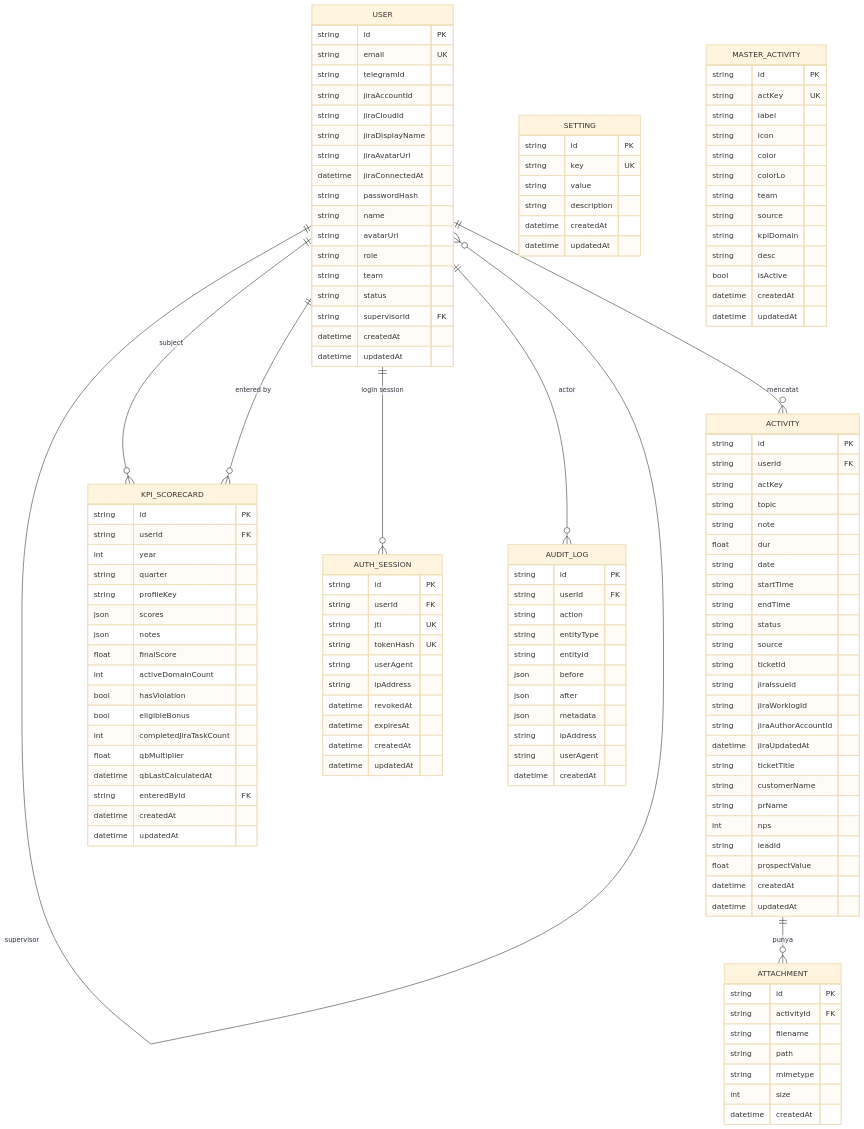
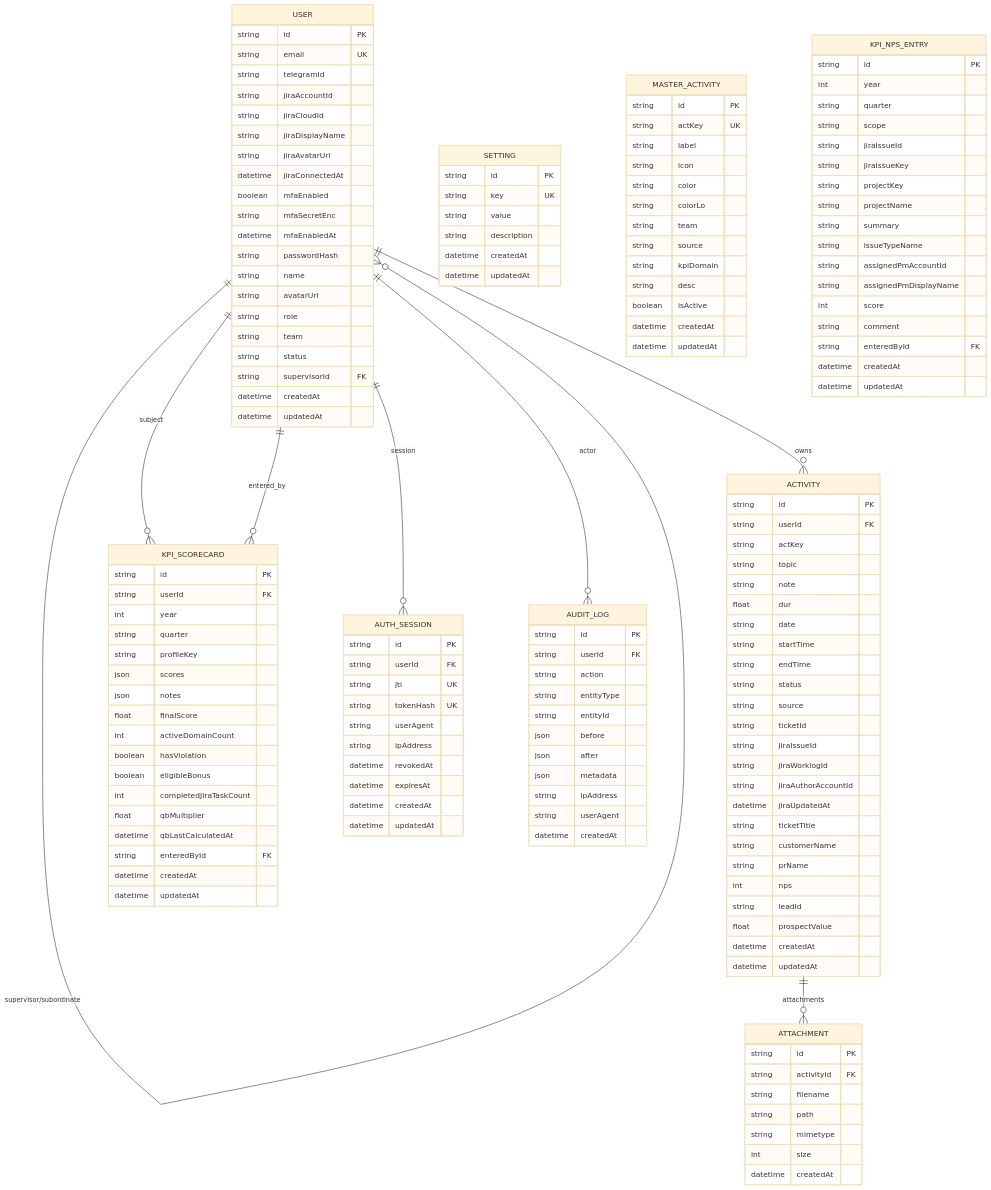
One commit to wisnuyudis/engineer-logs changed the diagram in database_erd.md. Above: the diagram before and after it, drawn with Mermaid (base theme). The commit also changed other lines of this file and 1 other file, not shown here.

````diff
--- a/database_erd.md
+++ b/database_erd.md
@@ -8,13 +10,13 @@
 ```mermaid
 erDiagram
-    USER ||--o{ USER : "supervisor"
-    USER ||--o{ ACTIVITY : "mencatat"
+    USER ||--o{ USER : "supervisor/subordinate"
+    USER ||--o{ ACTIVITY : "owns"
     USER ||--o{ KPI_SCORECARD : "subject"
-    USER ||--o{ KPI_SCORECARD : "entered by"
-    USER ||--o{ AUTH_SESSION : "login session"
+    USER ||--o{ KPI_SCORECARD : "entered_by"
+    USER ||--o{ AUTH_SESSION : "session"
     USER ||--o{ AUDIT_LOG : "actor"
 
-    ACTIVITY ||--o{ ATTACHMENT : "punya"
+    ACTIVITY ||--o{ ATTACHMENT : "attachments"
 
     USER {
         string id PK
@@ -25,6 +27,9 @@
         string jiraDisplayName
         string jiraAvatarUrl
         datetime jiraConnectedAt
+        boolean mfaEnabled
+        string mfaSecretEnc
+        datetime mfaEnabledAt
         string passwordHash
         string name
         string avatarUrl
@@ -93,7 +98,7 @@
         string source
         string kpiDomain
         string desc
-        bool isActive
+        boolean isActive
         datetime createdAt
         datetime updatedAt
     }
@@ -108,11 +113,31 @@
         json notes
         float finalScore
         int activeDomainCount
-        bool hasViolation
-        bool eligibleBonus
+        boolean hasViolation
+        boolean eligibleBonus
         int completedJiraTaskCount
         float qbMultiplier
         datetime qbLastCalculatedAt
+        string enteredById FK
+        datetime createdAt
+        datetime updatedAt
+    }
+
+    KPI_NPS_ENTRY {
+        string id PK
+        int year
+        string quarter
+        string scope
+        string jiraIssueId
+        string jiraIssueKey
+        string projectKey
+        string projectName
+        string summary
+        string issueTypeName
+        string assignedPmAccountId
+        string assignedPmDisplayName
+        int score
+        string comment
         string enteredById FK
         datetime createdAt
         datetime updatedAt
````
